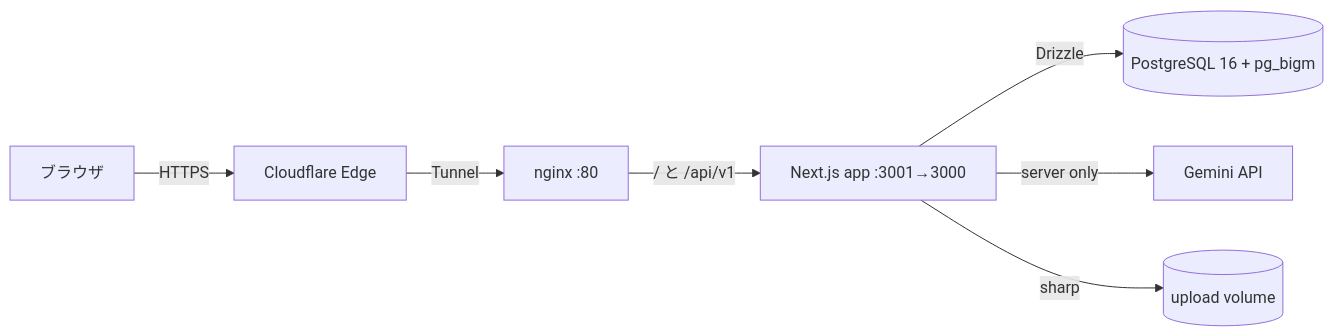
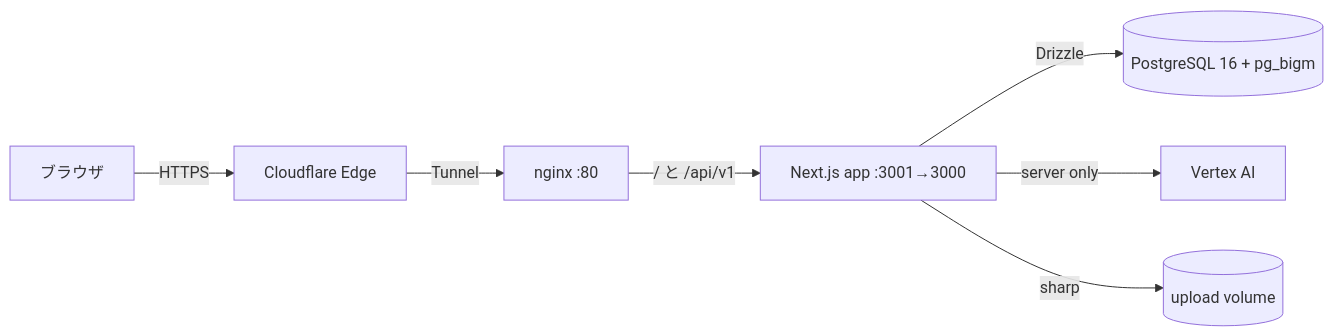
The diagram in docs/plans/nextjs-fullstack-rebuild.md (NOZY-jp/nameCardManager), drawn with Mermaid before and after one commit. The commit also changed other lines of this file and 3 other files, not shown here.

````diff
--- a/docs/plans/nextjs-fullstack-rebuild.md
+++ b/docs/plans/nextjs-fullstack-rebuild.md
@@ -54,9 +54,9 @@
 ```mermaid
 flowchart LR
   B[ブラウザ] -->|HTTPS| CF[Cloudflare Edge]
   CF -->|Tunnel| N[nginx :80]
   N -->|/ と /api/v1| APP[Next.js app :3001→3000]
   APP -->|Drizzle| DB[(PostgreSQL 16 + pg_bigm)]
-  APP -->|server only| G[Gemini API]
+  APP -->|server only| G[Vertex AI]
   APP -->|sharp| FS[(upload volume)]
 ```
````
